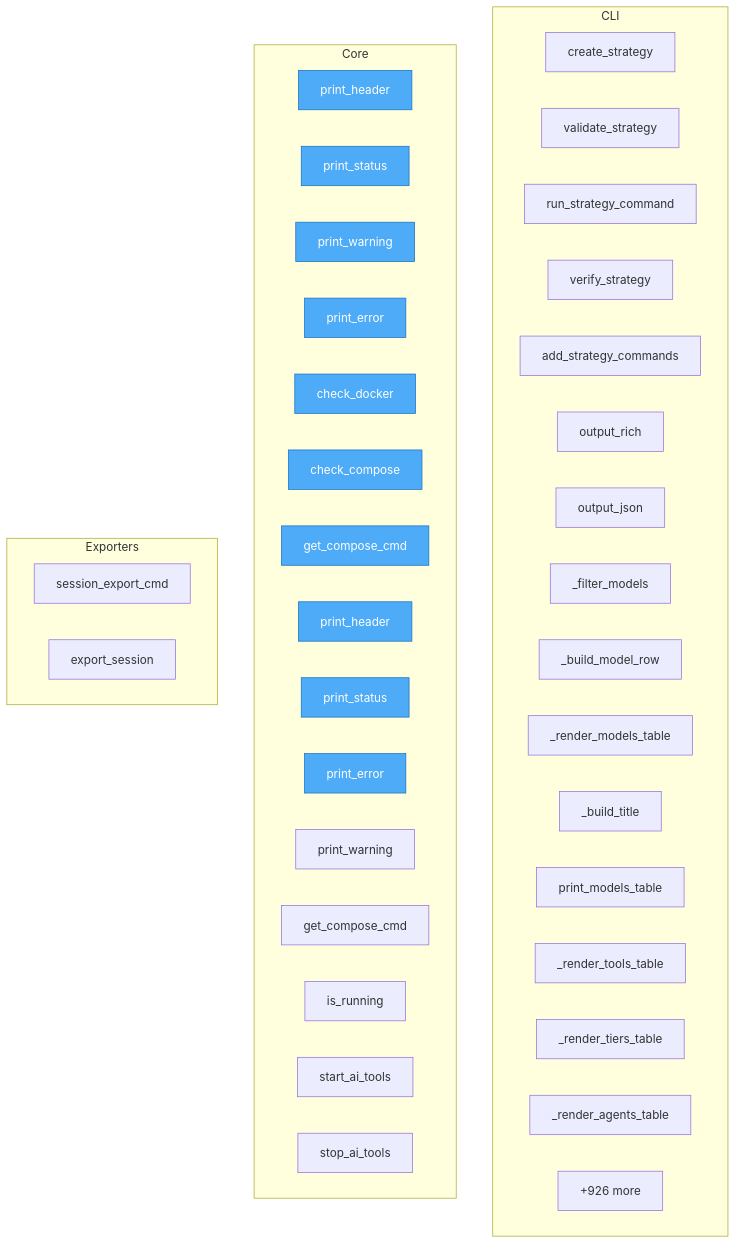
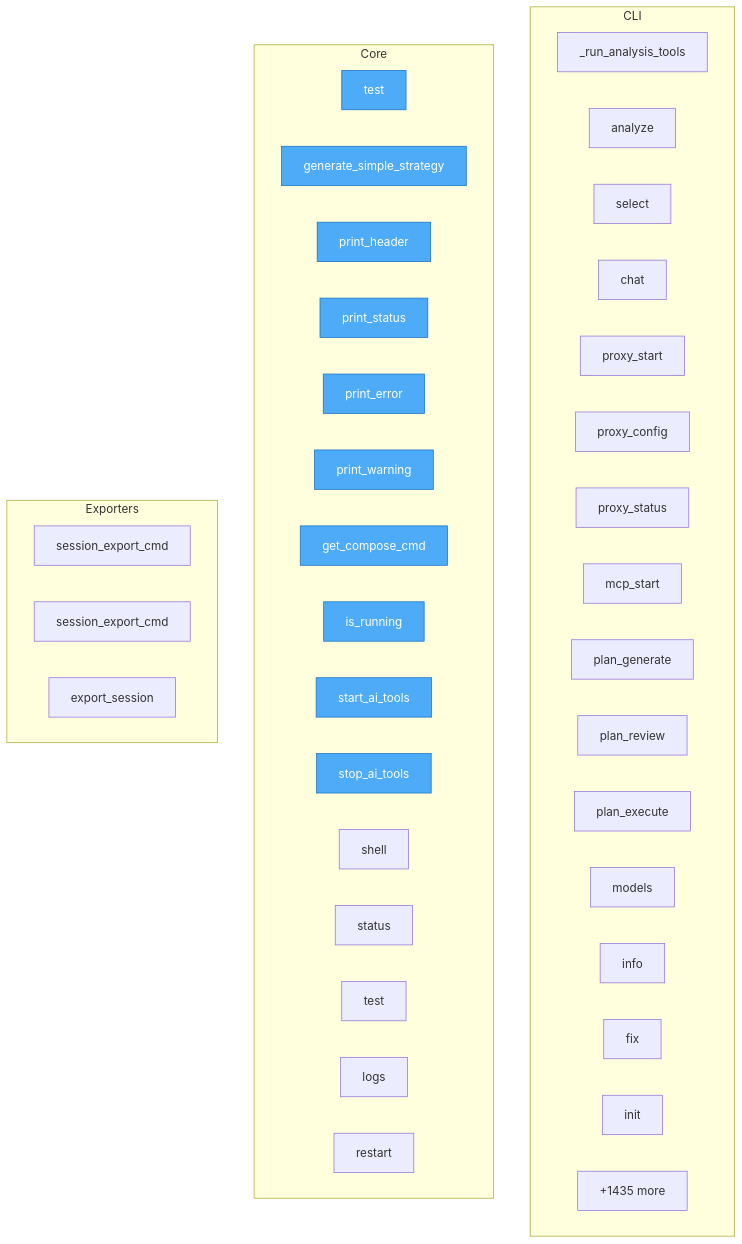
One commit to semcod/llx changed the diagram in project/flow.mmd. Above: the diagram before and after it, drawn with Mermaid. The commit also changed 44 other files, not shown here.

```diff
--- a/project/flow.mmd
+++ b/project/flow.mmd
@@ -1,49 +1,50 @@
 flowchart TD
 
     %% Entry points (blue)
     classDef entry fill:#4dabf7,stroke:#1971c2,color:#fff
 
     subgraph CLI
-        llx__cli__strategy_commands__create_strategy["create_strategy"]
-        llx__cli__strategy_commands__validate_strategy["validate_strategy"]
-        llx__cli__strategy_commands__run_strategy_command["run_strategy_command"]
-        llx__cli__strategy_commands__verify_strategy["verify_strategy"]
-        llx__cli__strategy_commands__add_strategy_commands["add_strategy_commands"]
-        llx__cli__formatters__output_rich["output_rich"]
-        llx__cli__formatters__output_json["output_json"]
-        llx__cli__formatters___filter_models["_filter_models"]
-        llx__cli__formatters___build_model_row["_build_model_row"]
-        llx__cli__formatters___render_models_table["_render_models_table"]
-        llx__cli__formatters___build_title["_build_title"]
-        llx__cli__formatters__print_models_table["print_models_table"]
-        llx__cli__formatters___render_tools_table["_render_tools_table"]
-        llx__cli__formatters___render_tiers_table["_render_tiers_table"]
-        llx__cli__formatters___render_agents_table["_render_agents_table"]
+        llx__cli__app___run_analysis_tools["_run_analysis_tools"]
+        llx__cli__app__analyze["analyze"]
+        llx__cli__app__select["select"]
+        llx__cli__app__chat["chat"]
+        llx__cli__app__proxy_start["proxy_start"]
+        llx__cli__app__proxy_config["proxy_config"]
+        llx__cli__app__proxy_status["proxy_status"]
+        llx__cli__app__mcp_start["mcp_start"]
+        llx__cli__app__plan_generate["plan_generate"]
+        llx__cli__app__plan_review["plan_review"]
+        llx__cli__app__plan_execute["plan_execute"]
+        llx__cli__app__models["models"]
+        llx__cli__app__info["info"]
+        llx__cli__app__fix["fix"]
+        llx__cli__app__init["init"]
         ...["+23 more"]
     end
 
     subgraph Core
-        docker_manage__print_header["print_header"]
-        docker_manage__print_status["print_status"]
-        docker_manage__print_warning["print_warning"]
-        docker_manage__print_error["print_error"]
-        docker_manage__check_docker["check_docker"]
-        docker_manage__check_compose["check_compose"]
-        docker_manage__get_compose_cmd["get_compose_cmd"]
+        trace__test["test"]
+        simple_generate__generate_simple_strategy["generate_simple_strategy"]
         ai_tools_manage__print_header["print_header"]
         ai_tools_manage__print_status["print_status"]
         ai_tools_manage__print_error["print_error"]
         ai_tools_manage__print_warning["print_warning"]
         ai_tools_manage__get_compose_cmd["get_compose_cmd"]
         ai_tools_manage__is_running["is_running"]
         ai_tools_manage__start_ai_tools["start_ai_tools"]
         ai_tools_manage__stop_ai_tools["stop_ai_tools"]
-        ...["+926 more"]
+        ai_tools_manage__shell["shell"]
+        ai_tools_manage__status["status"]
+        ai_tools_manage__test["test"]
+        ai_tools_manage__logs["logs"]
+        ai_tools_manage__restart["restart"]
+        ...["+1435 more"]
     end
 
     subgraph Exporters
+        project__map__toon__session_export_cmd["session_export_cmd"]
         llx__prellm__cli__session_export_cmd["session_export_cmd"]
         llx__prellm__context__user_memory__UserMemory__export_session["export_session"]
     end
 
-    class docker_manage__print_header,docker_manage__print_status,docker_manage__print_warning,docker_manage__print_error,docker_manage__check_docker,docker_manage__check_compose,docker_manage__get_compose_cmd,ai_tools_manage__print_header,ai_tools_manage__print_status,ai_tools_manage__print_error entry
+    class trace__test,simple_generate__generate_simple_strategy,ai_tools_manage__print_header,ai_tools_manage__print_status,ai_tools_manage__print_error,ai_tools_manage__print_warning,ai_tools_manage__get_compose_cmd,ai_tools_manage__is_running,ai_tools_manage__start_ai_tools,ai_tools_manage__stop_ai_tools entry
```
